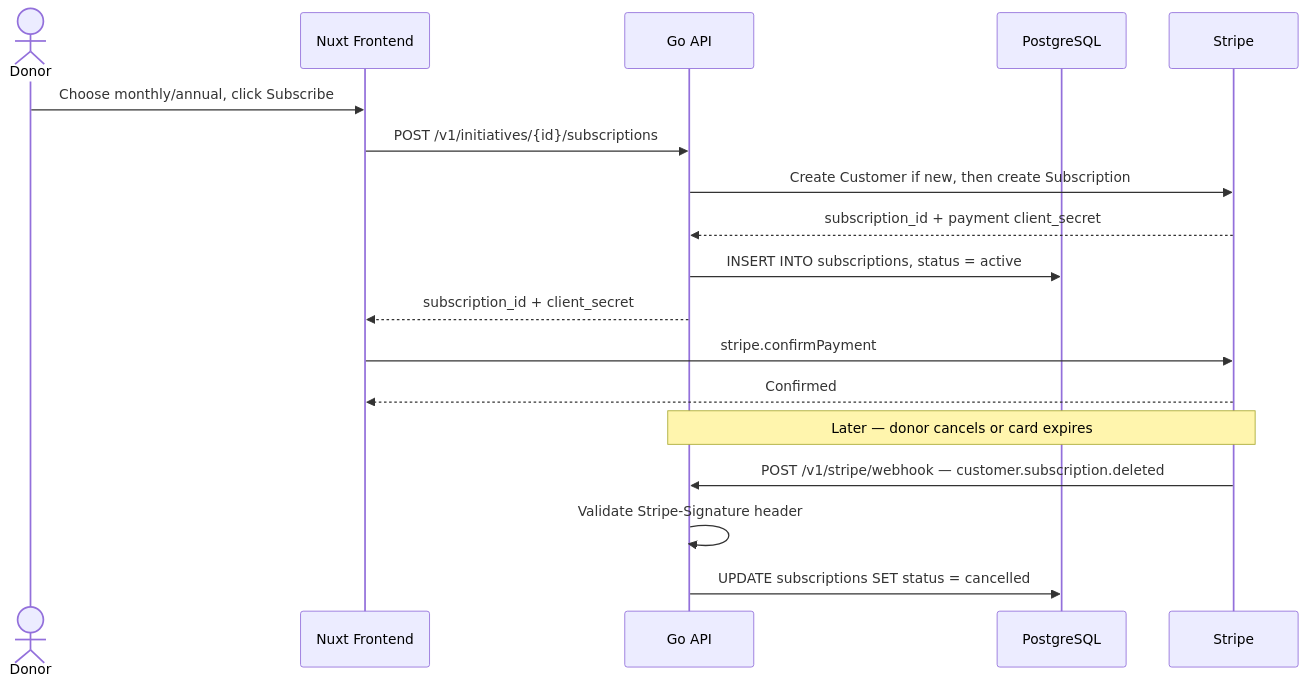
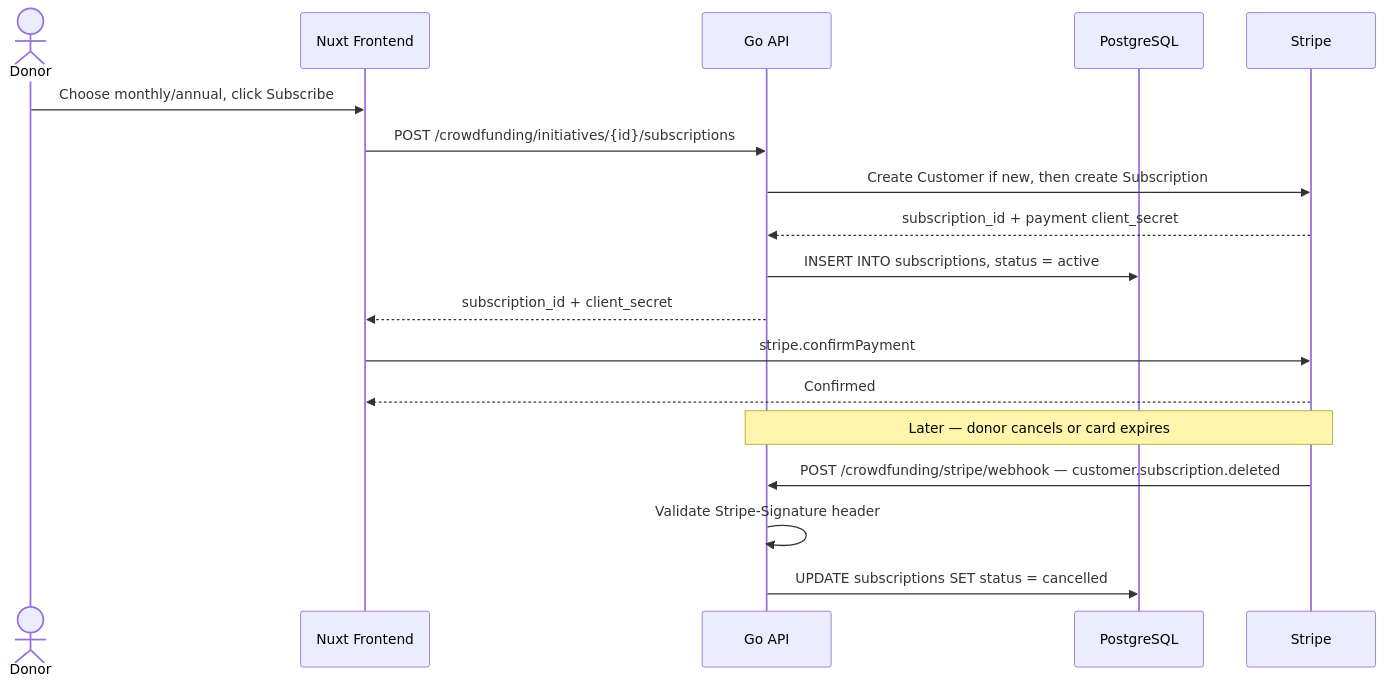
The fifth of 8 diagrams in docs/architecture.md (linuxfoundation/lfx-crowdfunding), drawn with Mermaid before and after one commit. The commit also changed other lines of this file and 92 other files, not shown here.

First line of the commit message:
feat(api): namespace all endpoints under /crowdfunding/

````diff
--- a/docs/architecture.md
+++ b/docs/architecture.md
@@ -321,22 +321,22 @@
 ```mermaid
 sequenceDiagram
     actor Donor
     participant FE as Nuxt Frontend
     participant API as Go API
     participant DB as PostgreSQL
     participant Stripe
 
     Donor->>FE: Choose monthly/annual, click Subscribe
-    FE->>API: POST /v1/initiatives/{id}/subscriptions
+    FE->>API: POST /crowdfunding/initiatives/{id}/subscriptions
     API->>Stripe: Create Customer if new, then create Subscription
     Stripe-->>API: subscription_id + payment client_secret
     API->>DB: INSERT INTO subscriptions, status = active
     API-->>FE: subscription_id + client_secret
     FE->>Stripe: stripe.confirmPayment
     Stripe-->>FE: Confirmed
 
     Note over Stripe,API: Later — donor cancels or card expires
-    Stripe->>API: POST /v1/stripe/webhook — customer.subscription.deleted
+    Stripe->>API: POST /crowdfunding/stripe/webhook — customer.subscription.deleted
     API->>API: Validate Stripe-Signature header
     API->>DB: UPDATE subscriptions SET status = cancelled
 ```
````
